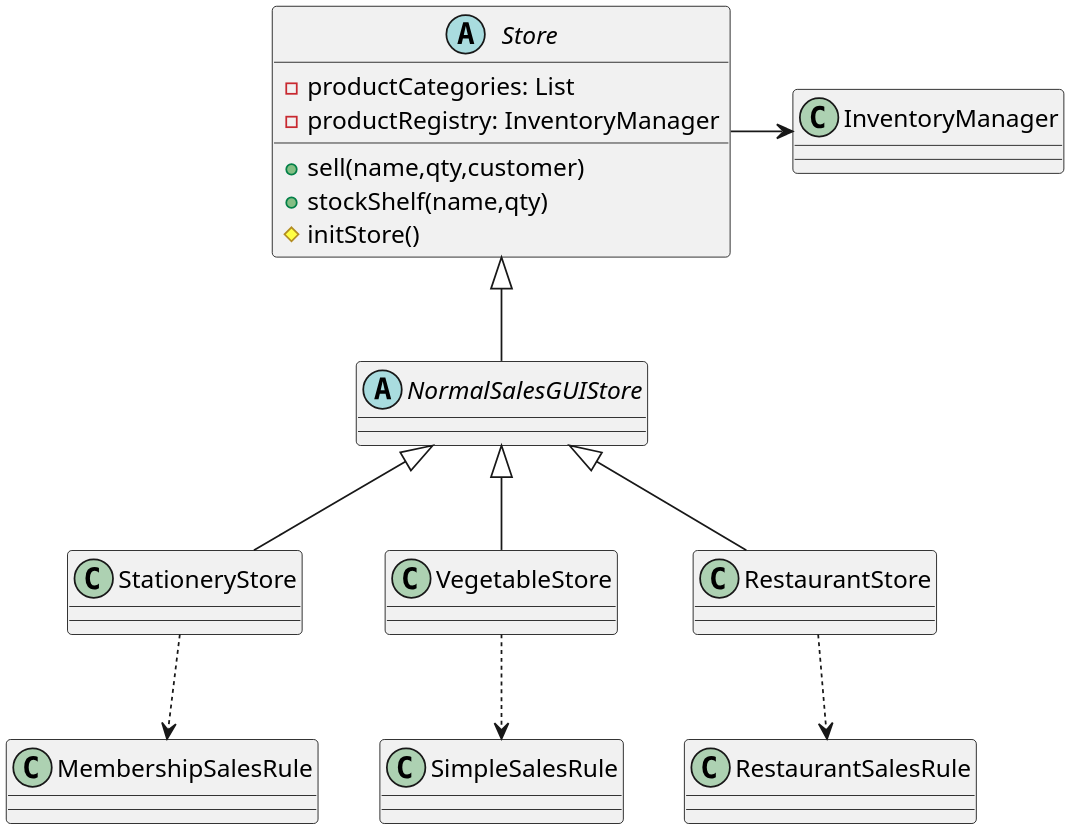
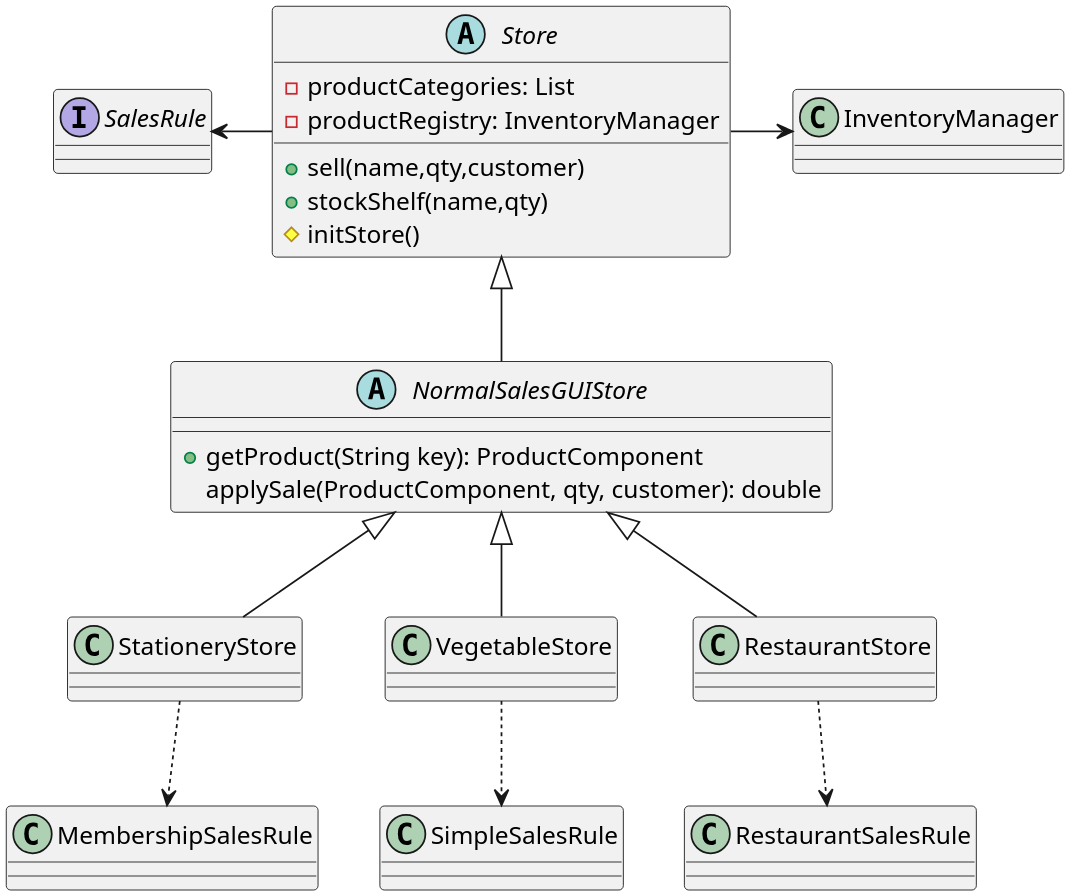
The fourth of 4 diagrams in report/class diagrams.puml (Tempest0220/Store-Master), drawn with PlantUML before and after one commit. The commit also changed 6 other files, not shown here.

Commit message:
製作報告md檔、UML類別圖png檔和puml檔

```diff
--- a/report/class diagrams.puml
+++ b/report/class diagrams.puml
@@ -153,27 +153,32 @@
 @startuml ConcreteStores
 skinparam dpi 300
 
 abstract class Store {
   -productCategories: List
   -productRegistry: InventoryManager
   +sell(name,qty,customer)
   +stockShelf(name,qty)
   #initStore()
 }
 
 Store -> InventoryManager
+Interface SalesRule 
+SalesRule <- Store
 
-abstract class NormalSalesGUIStore extends Store
+abstract class NormalSalesGUIStore extends Store{
+  +getProduct(String key): ProductComponent
+  applySale(ProductComponent, qty, customer): double
+}
 class StationeryStore
 class VegetableStore
 class RestaurantStore
 
 NormalSalesGUIStore <|-- StationeryStore
 NormalSalesGUIStore <|-- VegetableStore
 NormalSalesGUIStore <|-- RestaurantStore
 
 StationeryStore ..> MembershipSalesRule
 VegetableStore ..> SimpleSalesRule
 RestaurantStore ..> RestaurantSalesRule
 
 @enduml
```
